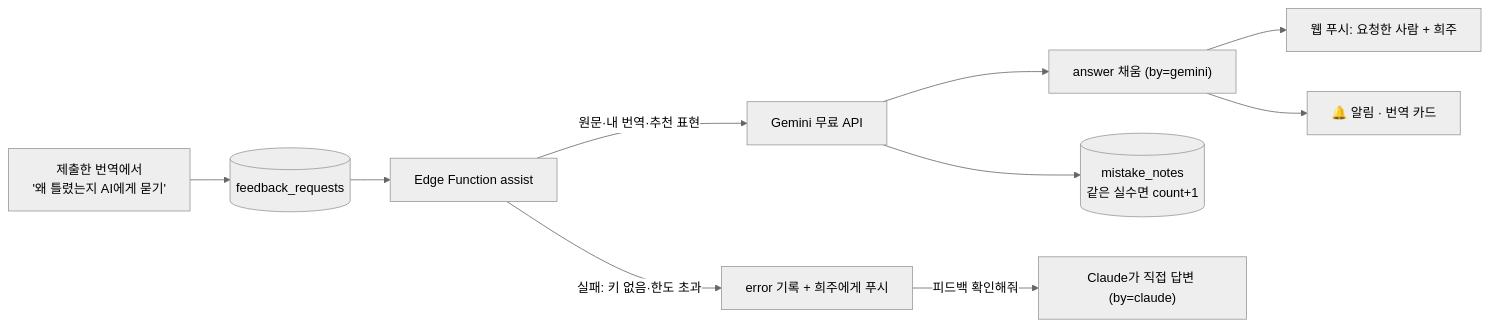
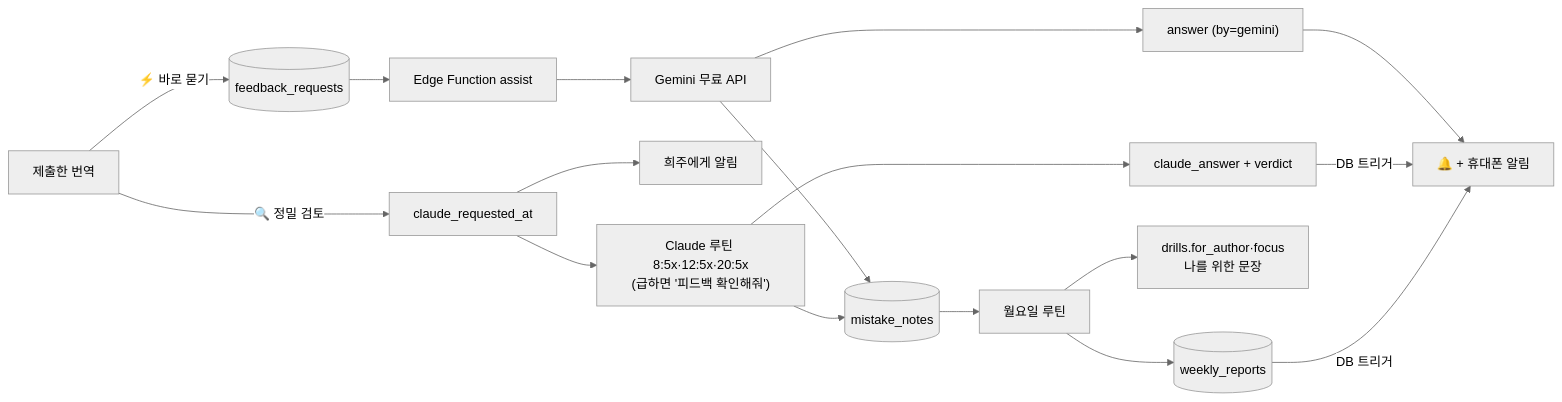
The second of 2 diagrams in README.md (GooseyBee/root-register), drawn with Mermaid (neutral theme) before and after one commit. The commit also changed other lines of this file and 6 other files, not shown here.

First line of the commit message:
Claude review tier, personalized drills, weekly reports

````diff
--- a/README.md
+++ b/README.md
@@ -80,12 +88,14 @@
 ```mermaid
 flowchart LR
-  U["제출한 번역에서<br/>'왜 틀렸는지 AI에게 묻기'"] --> R[("feedback_requests")]
-  R --> F["Edge Function assist"]
-  F -->|원문·내 번역·추천 표현| G["Gemini 무료 API"]
-  G --> A["answer 채움 (by=gemini)"]
-  G --> M[("mistake_notes<br/>같은 실수면 count+1")]
-  A --> P["웹 푸시: 요청한 사람 + 희주"]
-  A --> B["🔔 알림 · 번역 카드"]
-  F -->|실패: 키 없음·한도 초과| E["error 기록 + 희주에게 푸시"]
-  E -->|"피드백 확인해줘"| C["Claude가 직접 답변 (by=claude)"]
+  U["제출한 번역"] -->|⚡ 바로 묻기| R[("feedback_requests")]
+  U -->|🔍 정밀 검토| CR["claude_requested_at"]
+  R --> F["Edge Function assist"] --> G["Gemini 무료 API"]
+  G --> A["answer (by=gemini)"] --> P["🔔 + 휴대폰 알림"]
+  G --> M[("mistake_notes")]
+  CR --> P2["희주에게 알림"]
+  CR --> RT["Claude 루틴 8:5x·12:5x·20:5x<br/>(급하면 '피드백 확인해줘')"]
+  RT --> CA["claude_answer + verdict"] -->|DB 트리거| P
+  RT --> M
+  M --> W["월요일 루틴"] --> D["drills.for_author·focus<br/>나를 위한 문장"]
+  W --> WR[("weekly_reports")] -->|DB 트리거| P
 ```
````
